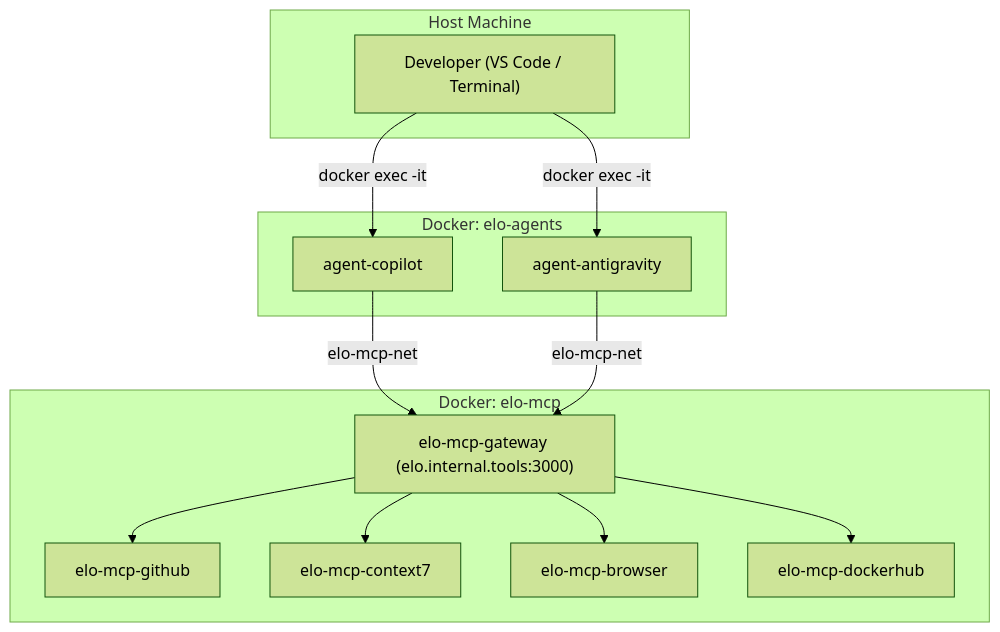
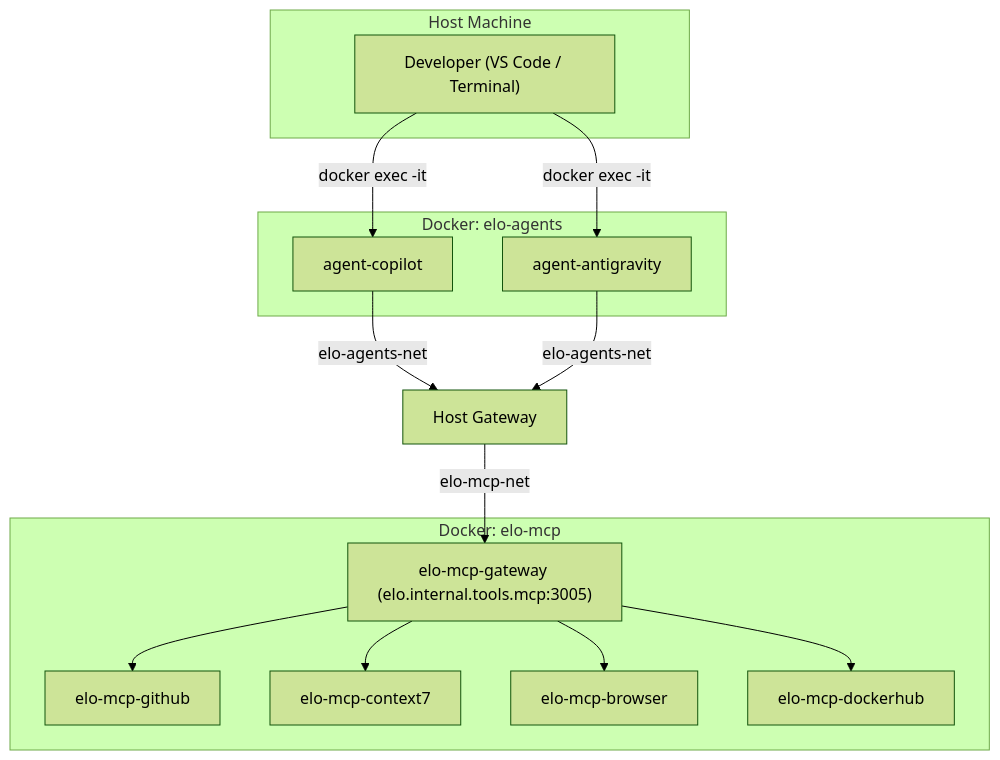
One commit to tupynambalucas/elo-organico changed the diagram in knowledge-base/workspaces/04-tools.mdx. Above: the diagram before and after it, drawn with Mermaid (forest theme). The commit also changed other lines of this file and 35 other files, not shown here.

````diff
--- a/knowledge-base/workspaces/04-tools.mdx
+++ b/knowledge-base/workspaces/04-tools.mdx
@@ -154,29 +155,30 @@
     ```mermaid
     graph TD
       direction TD
       subgraph "Host Machine"
         Dev["Developer (VS Code / Terminal)"]
       end
 
       subgraph "Docker: elo-agents"
         Copilot["agent-copilot"]
         Antigravity["agent-antigravity"]
       end
 
       subgraph "Docker: elo-mcp"
-        Gateway["elo-mcp-gateway (elo.internal.tools:3000)"]
+        Gateway["elo-mcp-gateway (elo.internal.tools.mcp:3005)"]
         Github["elo-mcp-github"]
         Context7["elo-mcp-context7"]
         Browser["elo-mcp-browser"]
         Dockerhub["elo-mcp-dockerhub"]
       end
 
       Dev -- "docker exec -it" --> Copilot
       Dev -- "docker exec -it" --> Antigravity
-      Copilot -- "elo-mcp-net" --> Gateway
-      Antigravity -- "elo-mcp-net" --> Gateway
+      Copilot -- "elo-agents-net" --> Host["Host Gateway"]
+      Antigravity -- "elo-agents-net" --> Host
+      Host -- "elo-mcp-net" --> Gateway
       Gateway --> Github
       Gateway --> Context7
       Gateway --> Browser
       Gateway --> Dockerhub
     ```
````
